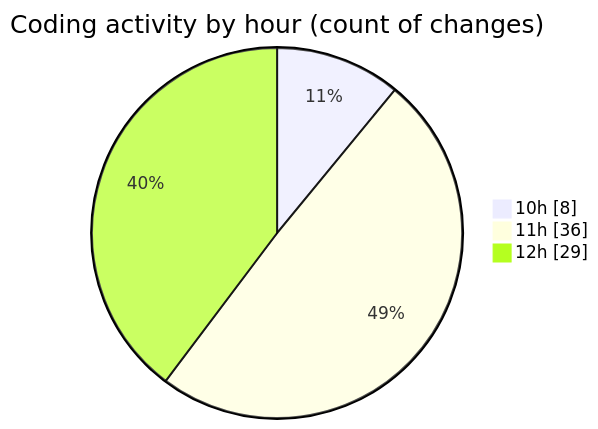
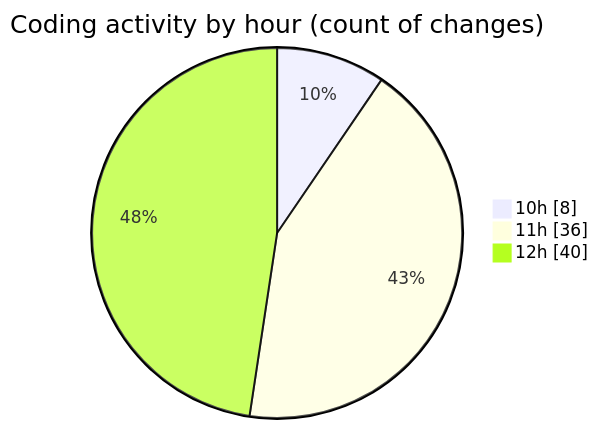
The second of 2 diagrams in 2025-05-16/python_app_deploy/README.md (CELIANVF/code-tracking), drawn with Mermaid before and after one commit. The commit also changed other lines of this file and 1 other file, not shown here.

````diff
--- a/2025-05-16/python_app_deploy/README.md
+++ b/2025-05-16/python_app_deploy/README.md
@@ -43,7 +50,7 @@
 ```mermaid
 pie showData
 title Coding activity by hour (count of changes)
 "10h" : 8
 "11h" : 36
-"12h" : 29
+"12h" : 40
 ```
````
